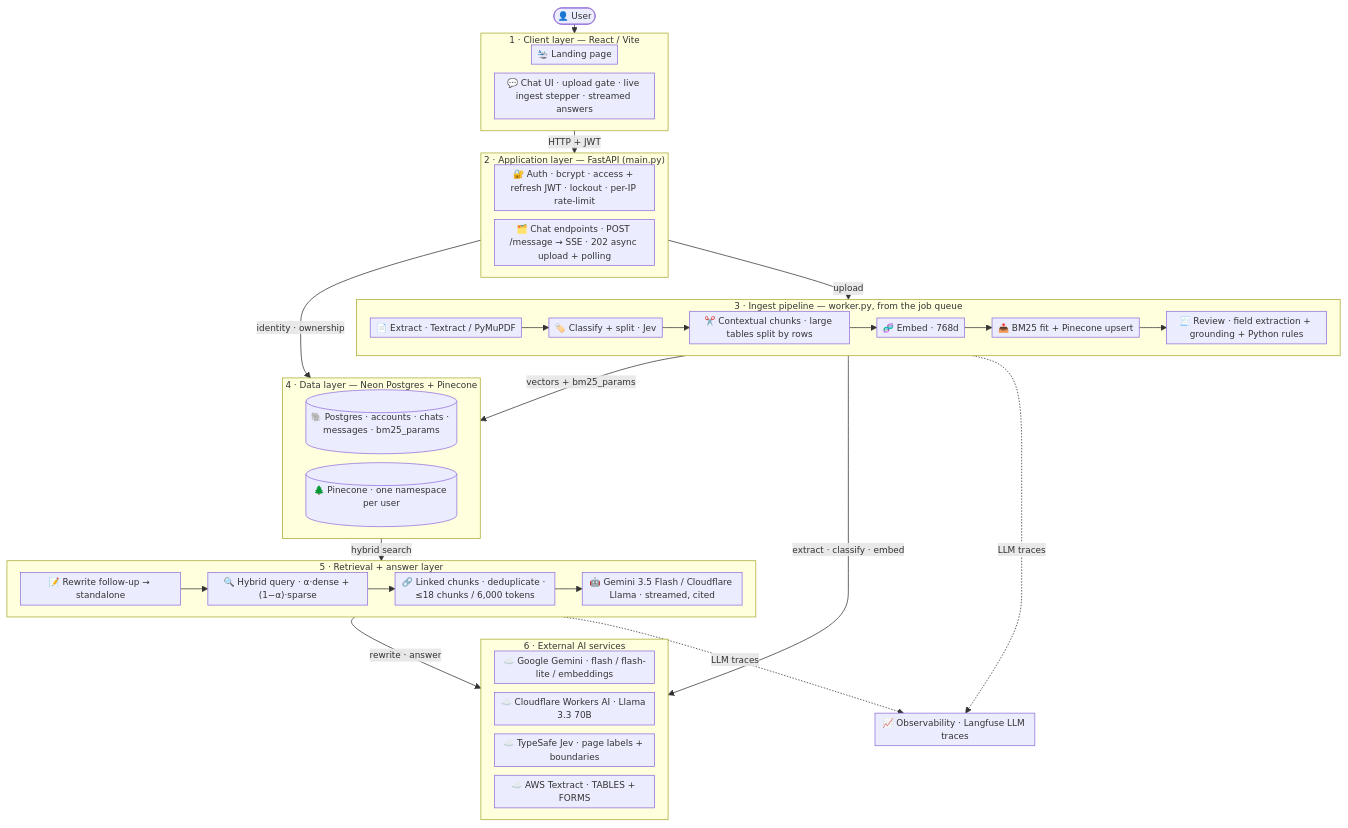
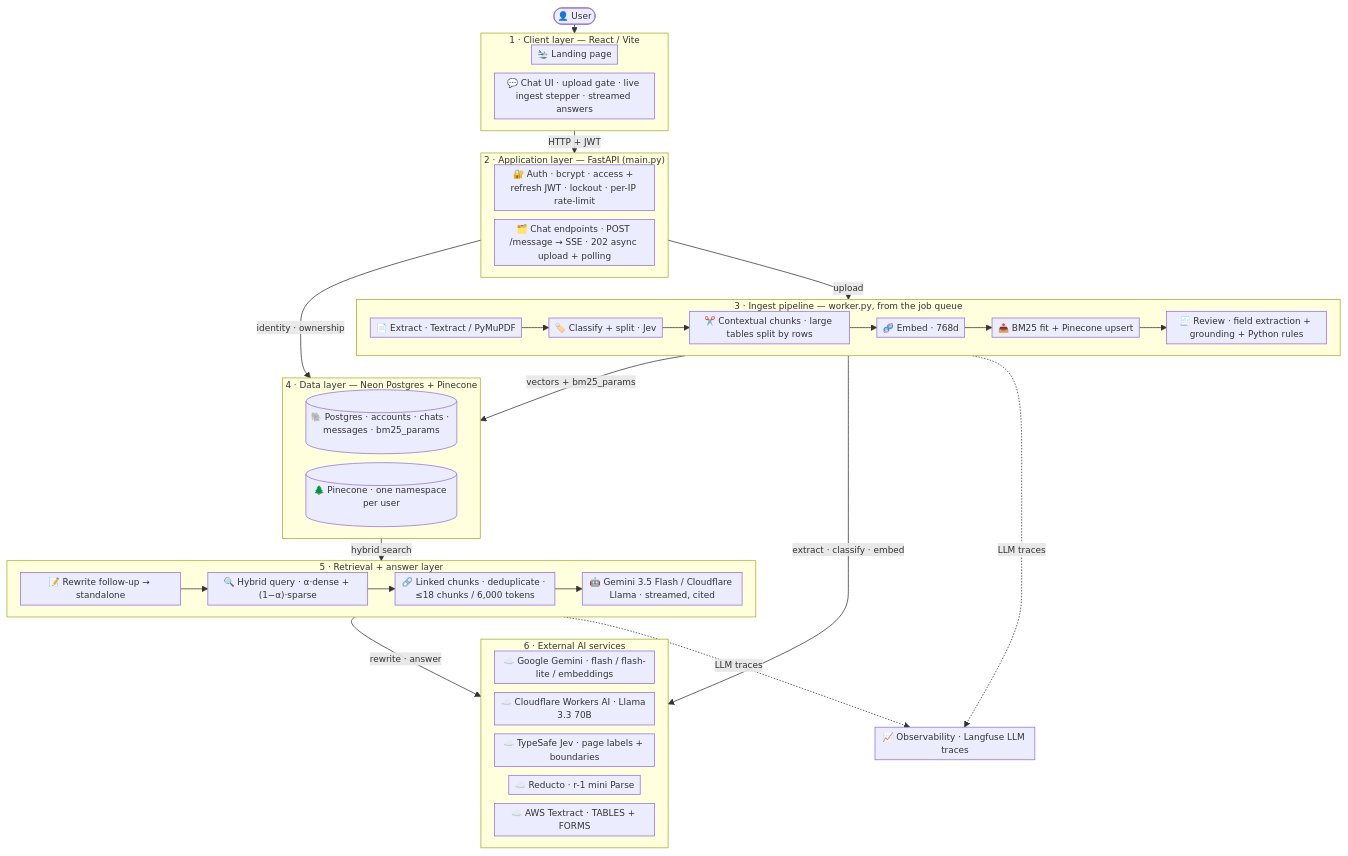
The diagram in README.md (VIVPM/document-retrieval-system), drawn with Mermaid before and after one commit. The commit also changed other lines of this file and 5 other files, not shown here.

````diff
--- a/README.md
+++ b/README.md
@@ -68,51 +68,52 @@
 ```mermaid
 %%{init: {"flowchart": {"rankSpacing": 12, "nodeSpacing": 12, "padding": 4}, "themeVariables": {"fontSize": "12px"}}}%%
 graph TD
     User(["👤 User"])
 
     subgraph CLIENT ["1 · Client layer — React / Vite"]
         Land["🛬 Landing page"]
         UI["💬 Chat UI · upload gate · live ingest stepper · streamed answers"]
     end
 
     subgraph APP ["2 · Application layer — FastAPI (main.py)"]
         Auth["🔐 Auth · bcrypt · access + refresh JWT · lockout · per-IP rate-limit"]
         REST["🗂️ Chat endpoints · POST /message → SSE · 202 async upload + polling"]
     end
 
     subgraph INGEST ["3 · Ingest pipeline — worker.py, from the job queue"]
         direction LR
         Ext["📄 Extract · Textract / PyMuPDF"] --> Split["🏷️ Classify + split · Jev"] --> Chunk["✂️ Contextual chunks · large tables split by rows"] --> Emb["🧬 Embed · 768d"] --> Up["📤 BM25 fit + Pinecone upsert"]
         Up --> Review["🧾 Review · field extraction + grounding + Python rules"]
     end
 
     subgraph DATA ["4 · Data layer — Neon Postgres + Pinecone"]
         PG[("🐘 Postgres · accounts · chats · messages · bm25_params")]
         Pine[("🌲 Pinecone · one namespace per user")]
     end
 
     subgraph QUERY ["5 · Retrieval + answer layer"]
         direction LR
         RW["📝 Rewrite follow-up → standalone"] --> Hyb["🔍 Hybrid query · α·dense + (1−α)·sparse"] --> Evidence["🔗 Linked chunks · deduplicate · ≤18 chunks / 6,000 tokens"] --> Ans["🤖 Gemini 3.5 Flash / Cloudflare Llama · streamed, cited"]
     end
 
     subgraph EXT ["6 · External AI services"]
         Gem["☁️ Google Gemini · flash / flash-lite / embeddings"]
         CF["☁️ Cloudflare Workers AI · Llama 3.3 70B"]
         Jev["☁️ TypeSafe Jev · page labels + boundaries"]
+        Red["☁️ Reducto · r-1 mini Parse"]
         Tex["☁️ AWS Textract · TABLES + FORMS"]
     end
 
     OBS["📈 Observability · Langfuse LLM traces"]
 
     User --> CLIENT
     CLIENT -->|HTTP + JWT| APP
     APP -->|identity · ownership| DATA
     APP -->|upload| INGEST
     INGEST -->|vectors + bm25_params| DATA
     DATA -->|hybrid search| QUERY
     INGEST -->|extract · classify · embed| EXT
     QUERY -->|rewrite · answer| EXT
     INGEST -.->|LLM traces| OBS
     QUERY -.->|LLM traces| OBS
 ```
````
